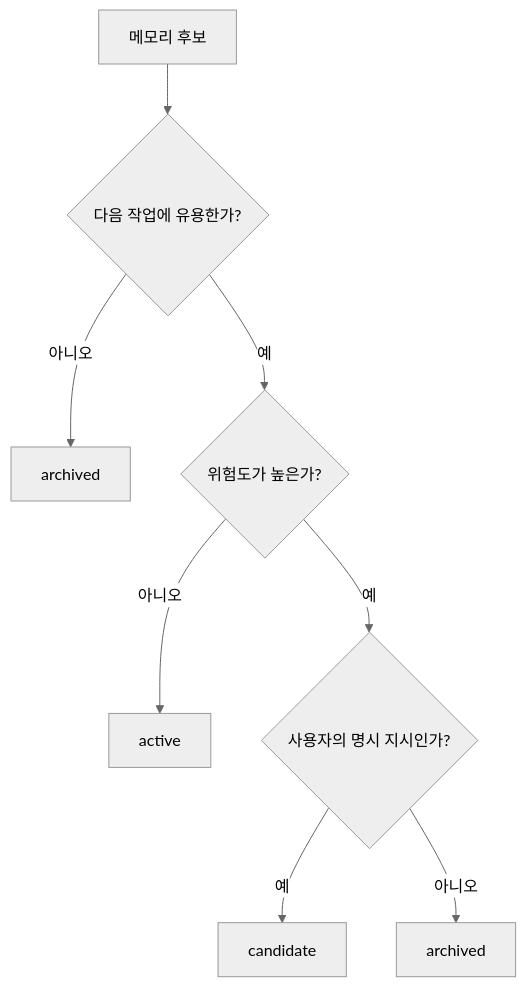
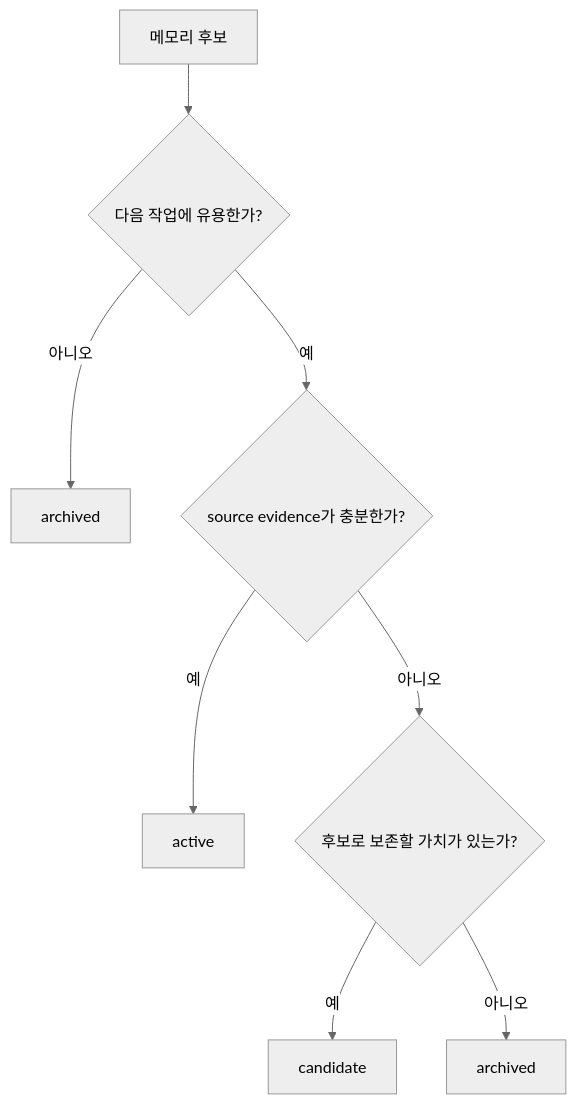
The seventh of 8 diagrams in README.md (lteawoo/MemAssist), drawn with Mermaid (neutral theme) before and after one commit. The commit also changed other lines of this file and 10 other files, not shown here.

````diff
--- a/README.md
+++ b/README.md
@@ -392,10 +386,10 @@
 ```mermaid
 flowchart TD
     A[메모리 후보] --> B{다음 작업에 유용한가?}
     B -->|아니오| C[archived]
-    B -->|예| D{위험도가 높은가?}
-    D -->|아니오| E[active]
-    D -->|예| H{사용자의 명시 지시인가?}
+    B -->|예| D{source evidence가 충분한가?}
+    D -->|예| E[active]
+    D -->|아니오| H{후보로 보존할 가치가 있는가?}
     H -->|예| I[candidate]
     H -->|아니오| M[archived]
 ```
````
